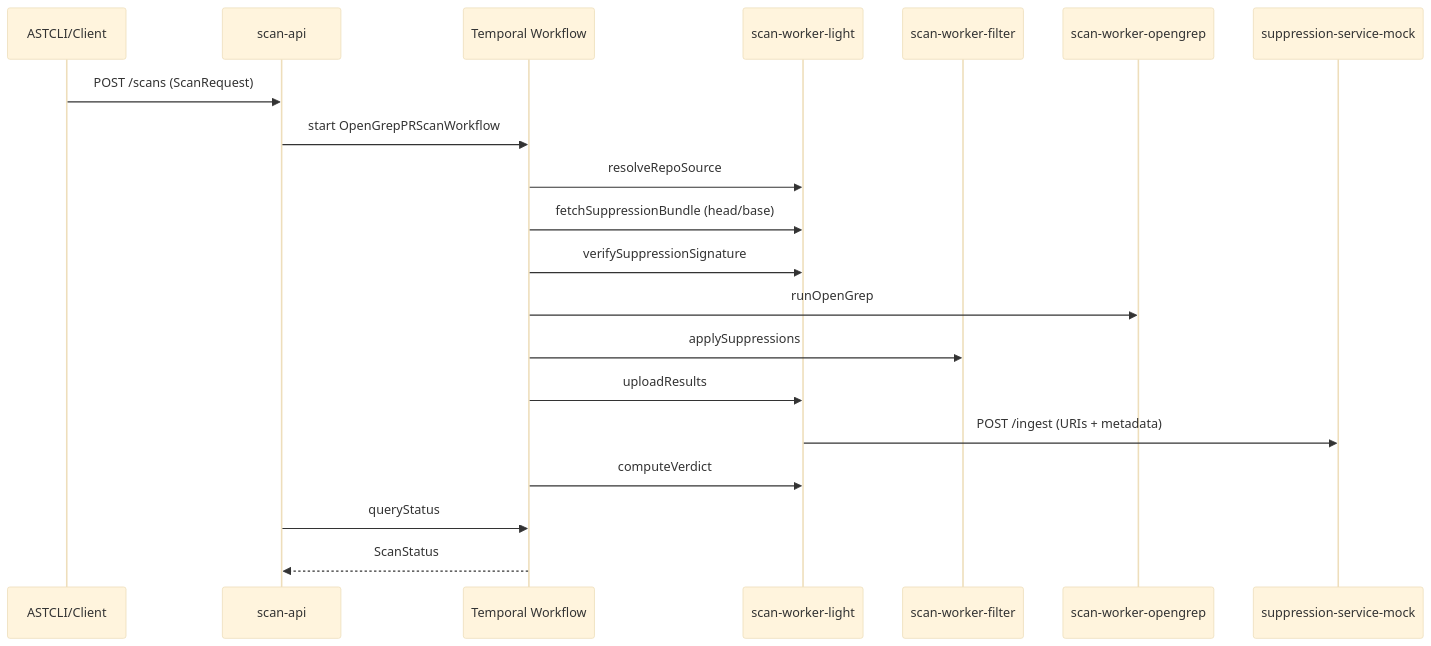
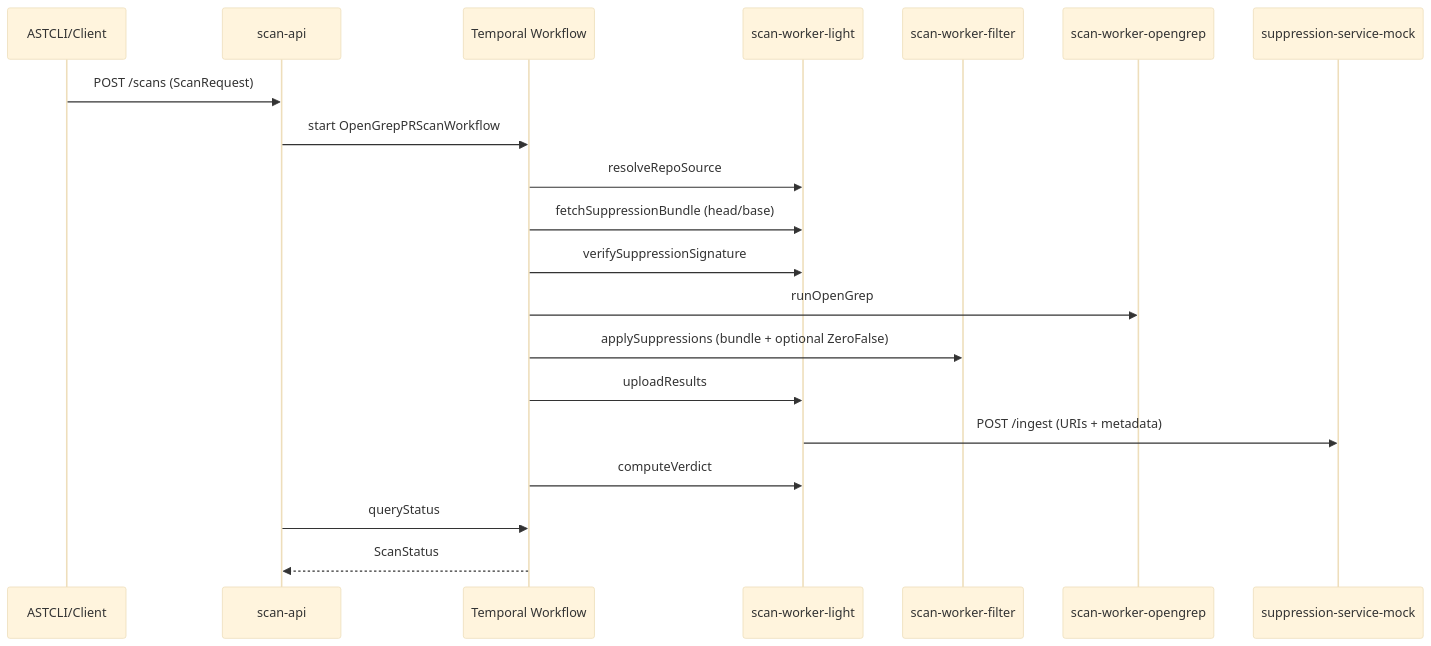
The diagram in docs/architecture.md (hoggmania/AutoTriage), drawn with Mermaid (base theme) before and after one commit. The commit also changed other lines of this file and 1 other file, not shown here.

Commit message:
Upodate docs for ZeroFalse

````diff
--- a/docs/architecture.md
+++ b/docs/architecture.md
@@ -16,23 +16,23 @@
 ```mermaid
 sequenceDiagram
     participant Client as ASTCLI/Client
     participant API as scan-api
     participant WF as Temporal Workflow
     participant Light as scan-worker-light
     participant Filter as scan-worker-filter
     participant OpenGrep as scan-worker-opengrep
     participant Suppression as suppression-service-mock
 
     Client->>API: POST /scans (ScanRequest)
     API->>WF: start OpenGrepPRScanWorkflow
     WF->>Light: resolveRepoSource
     WF->>Light: fetchSuppressionBundle (head/base)
     WF->>Light: verifySuppressionSignature
     WF->>OpenGrep: runOpenGrep
-    WF->>Filter: applySuppressions
+    WF->>Filter: applySuppressions (bundle + optional ZeroFalse)
     WF->>Light: uploadResults
     Light->>Suppression: POST /ingest (URIs + metadata)
     WF->>Light: computeVerdict
     API->>WF: queryStatus
     WF-->>API: ScanStatus
 ```
````
